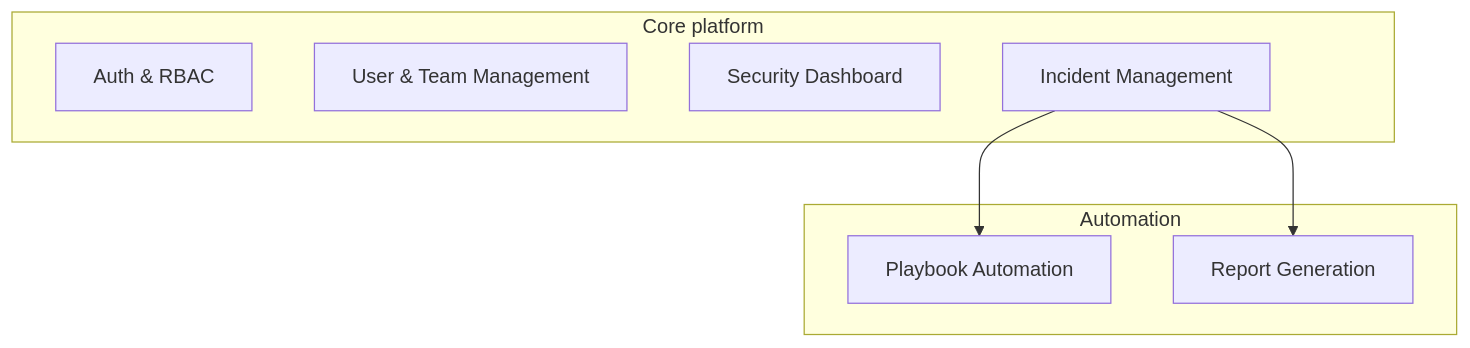
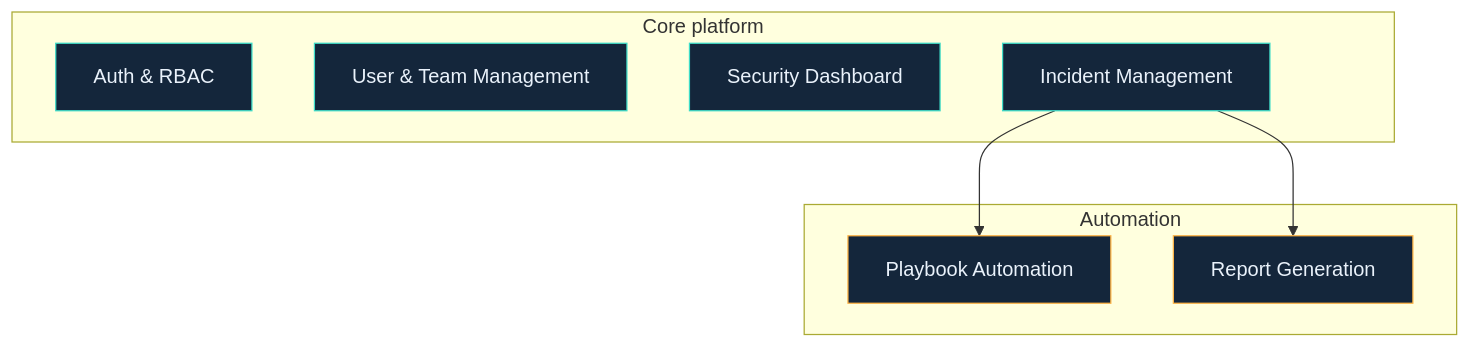
The diagram in README.md (DHANUSHKA104/DHANUSHKA104), drawn with Mermaid before and after one commit. The commit also changed other lines of this file, not shown here.

````diff
--- a/README.md
+++ b/README.md
@@ -33,15 +37,19 @@
 ```mermaid
 flowchart TB
   subgraph Core["Core platform"]
     A["Auth & RBAC"]
     B["User & Team Management"]
     C["Security Dashboard"]
     D["Incident Management"]
   end
   subgraph Auto["Automation"]
     E["Playbook Automation"]
     F["Report Generation"]
   end
   D --> E
   D --> F
+  classDef core fill:#14263B,stroke:#3DDCC8,color:#EAF2FB
+  classDef auto fill:#14263B,stroke:#FFB547,color:#EAF2FB
+  class A,B,C,D core
+  class E,F auto
 ```
````
